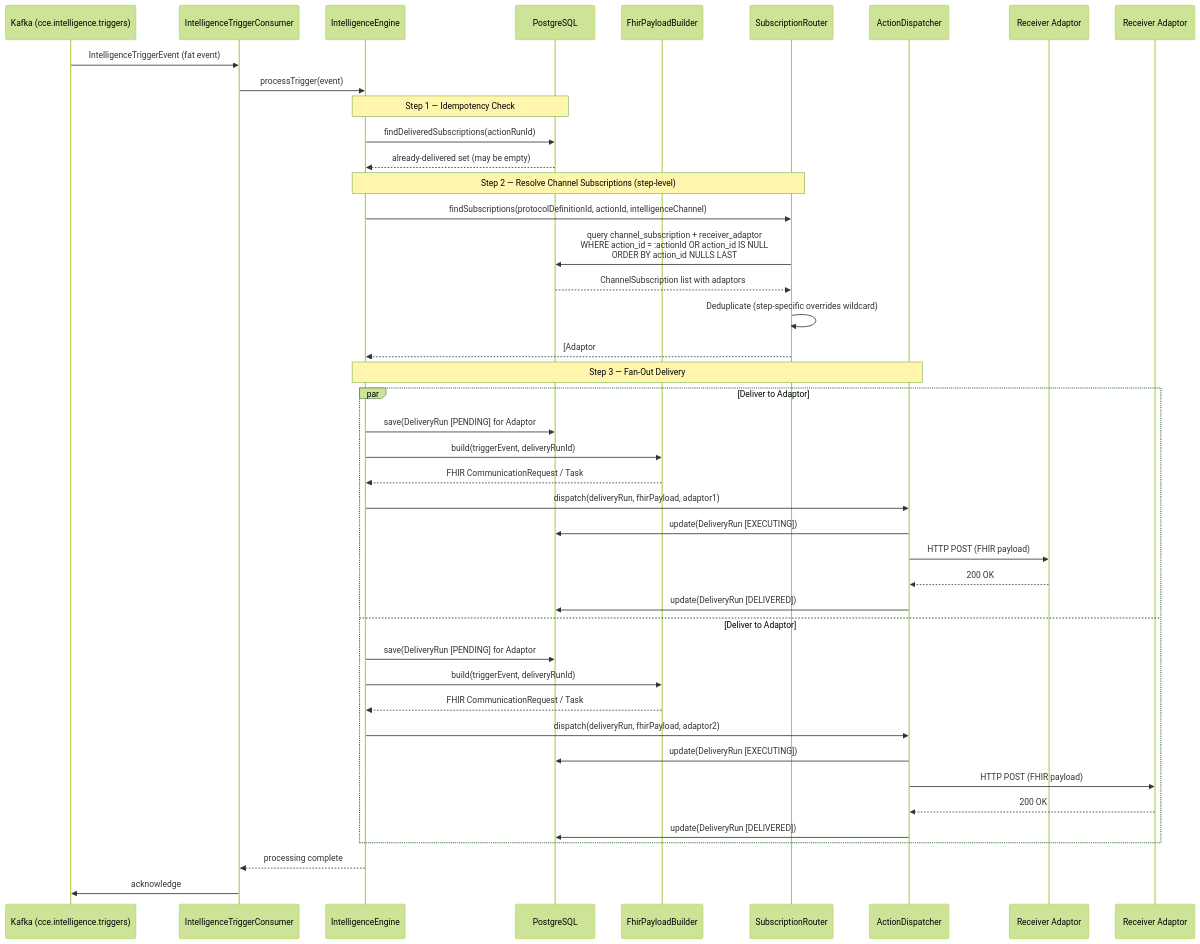
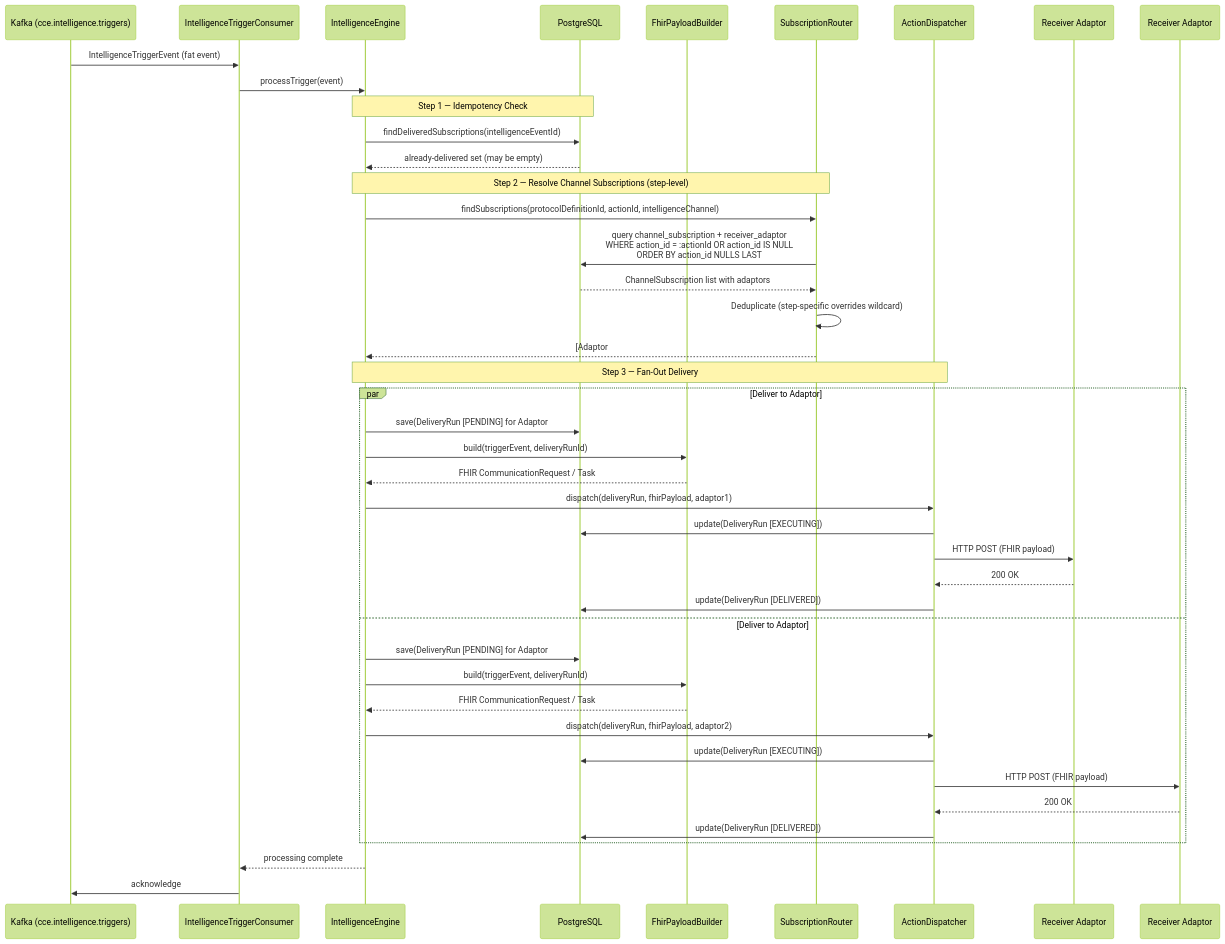
Before and after one commit to Jayaprakash8887/cce-intelligence-service: the second of 13 diagrams in docs/flow-diagrams.md, drawn with Mermaid (forest theme). The commit also changed other lines of this file and 5 other files, not shown here.

Commit message:
Update documentation to reflect changes in delivery_run and intelligence_event terminology

````diff
--- a/docs/flow-diagrams.md
+++ b/docs/flow-diagrams.md
@@ -58,50 +58,50 @@
 ```mermaid
 sequenceDiagram
     participant Kafka as Kafka (cce.intelligence.triggers)
     participant Consumer as IntelligenceTriggerConsumer
     participant Engine as IntelligenceEngine
     participant DB as PostgreSQL
     participant Builder as FhirPayloadBuilder
     participant Router as SubscriptionRouter
     participant Dispatcher as ActionDispatcher
     participant Webhook1 as Receiver Adaptor #1
     participant Webhook2 as Receiver Adaptor #2
 
     Kafka->>Consumer: IntelligenceTriggerEvent (fat event)
     Consumer->>Engine: processTrigger(event)
 
     Note over Engine,DB: Step 1 — Idempotency Check
-    Engine->>DB: findDeliveredSubscriptions(actionRunId)
+    Engine->>DB: findDeliveredSubscriptions(intelligenceEventId)
     DB-->>Engine: already-delivered set (may be empty)
 
     Note over Engine,Router: Step 2 — Resolve Channel Subscriptions (step-level)
     Engine->>Router: findSubscriptions(protocolDefinitionId, actionId, intelligenceChannel)
     Router->>DB: query channel_subscription + receiver_adaptor<br/>WHERE action_id = :actionId OR action_id IS NULL<br/>ORDER BY action_id NULLS LAST
     DB-->>Router: ChannelSubscription list with adaptors
     Router->>Router: Deduplicate (step-specific overrides wildcard)
     Router-->>Engine: [Adaptor #1, Adaptor #2] minus already-delivered
 
     Note over Engine,Dispatcher: Step 3 — Fan-Out Delivery
     par Deliver to Adaptor #1
         Engine->>DB: save(DeliveryRun [PENDING] for Adaptor #1)
         Engine->>Builder: build(triggerEvent, deliveryRunId)
         Builder-->>Engine: FHIR CommunicationRequest / Task
         Engine->>Dispatcher: dispatch(deliveryRun, fhirPayload, adaptor1)
         Dispatcher->>DB: update(DeliveryRun [EXECUTING])
         Dispatcher->>Webhook1: HTTP POST (FHIR payload)
         Webhook1-->>Dispatcher: 200 OK
         Dispatcher->>DB: update(DeliveryRun [DELIVERED])
     and Deliver to Adaptor #2
         Engine->>DB: save(DeliveryRun [PENDING] for Adaptor #2)
         Engine->>Builder: build(triggerEvent, deliveryRunId)
         Builder-->>Engine: FHIR CommunicationRequest / Task
         Engine->>Dispatcher: dispatch(deliveryRun, fhirPayload, adaptor2)
         Dispatcher->>DB: update(DeliveryRun [EXECUTING])
         Dispatcher->>Webhook2: HTTP POST (FHIR payload)
         Webhook2-->>Dispatcher: 200 OK
         Dispatcher->>DB: update(DeliveryRun [DELIVERED])
     end
 
     Engine-->>Consumer: processing complete
     Consumer->>Kafka: acknowledge
 ```
````
